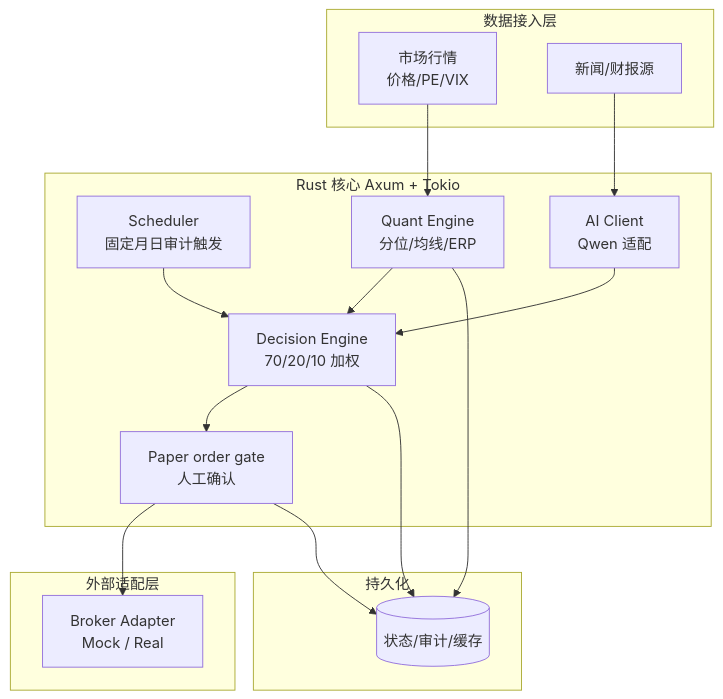
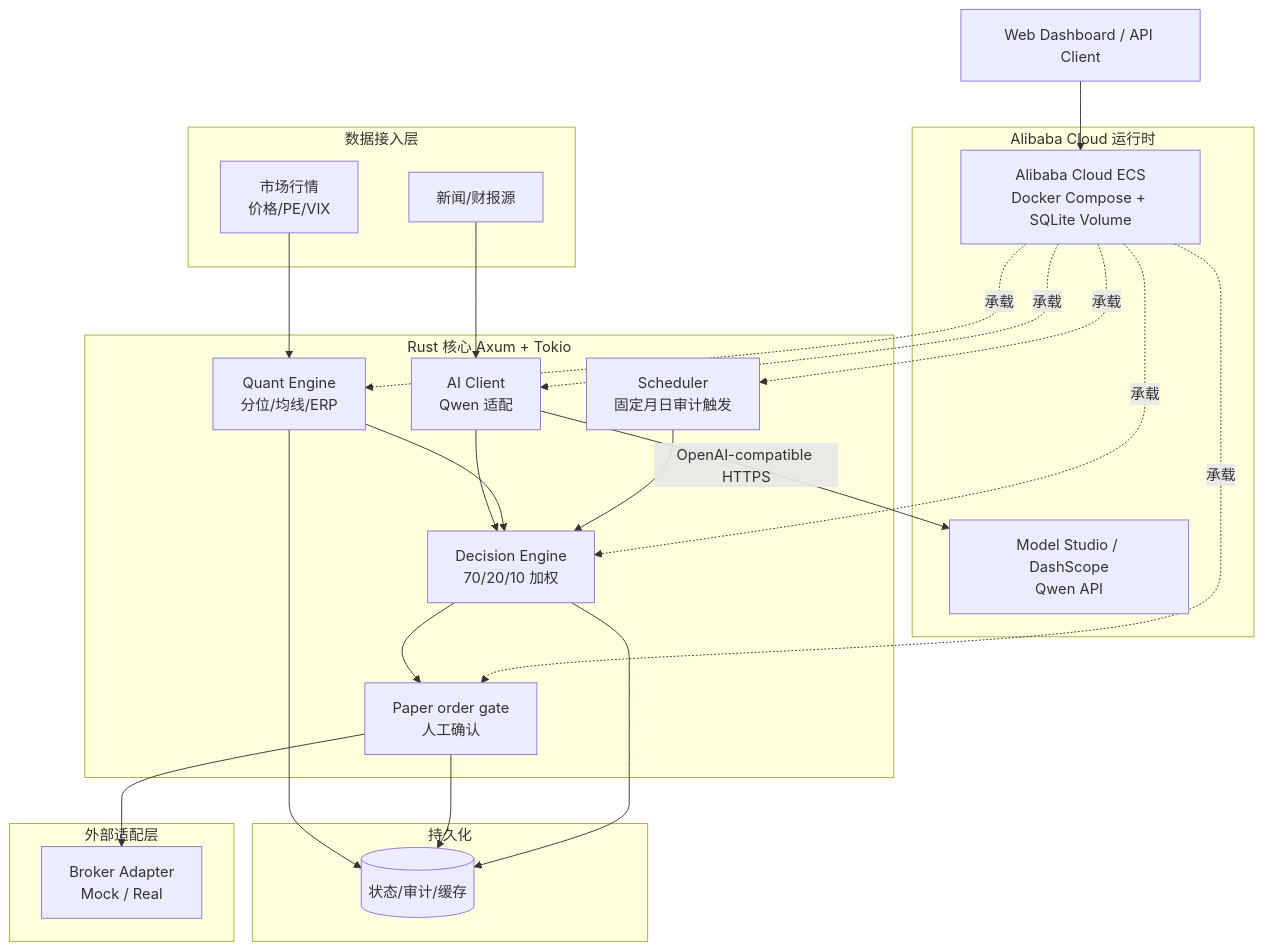
The diagram in readme.md (GuZZ1119/indexlink), drawn with Mermaid before and after one commit. The commit also changed other lines of this file, not shown here.

Commit message:
docs: localize ecs architecture overview

````diff
--- a/readme.md
+++ b/readme.md
@@ -119,34 +121,48 @@
 ```mermaid
 graph TD
+    WEB[Web Dashboard / API Client]
+
     subgraph Ingestion[数据接入层]
         MD[市场行情<br/>价格/PE/VIX]
         NEWS[新闻/财报源]
     end
 
     subgraph Core[Rust 核心 Axum + Tokio]
         SCH[Scheduler<br/>固定月日审计触发]
         QUANT[Quant Engine<br/>分位/均线/ERP]
         AICLI[AI Client<br/>Qwen 适配]
         DEC[Decision Engine<br/>70/20/10 加权]
         EXEC[Paper order gate<br/>人工确认]
     end
 
     subgraph Adapters[外部适配层]
         BROKER[Broker Adapter<br/>Mock / Real]
     end
 
     subgraph Storage[持久化]
         DB[(状态/审计/缓存)]
     end
 
+    subgraph Cloud[Alibaba Cloud 运行时]
+        ECS[Alibaba Cloud ECS<br/>Docker Compose + SQLite Volume]
+        QWEN[Model Studio / DashScope<br/>Qwen API]
+    end
+
+    WEB --> ECS
+    ECS -. 承载 .-> SCH
+    ECS -. 承载 .-> QUANT
+    ECS -. 承载 .-> AICLI
+    ECS -. 承载 .-> DEC
+    ECS -. 承载 .-> EXEC
     MD --> QUANT
     NEWS --> AICLI
     SCH --> DEC
     QUANT --> DEC
     AICLI --> DEC
+    AICLI -- OpenAI-compatible HTTPS --> QWEN
     DEC --> EXEC
     EXEC --> BROKER
     DEC --> DB
     EXEC --> DB
     QUANT --> DB
 ```
````
